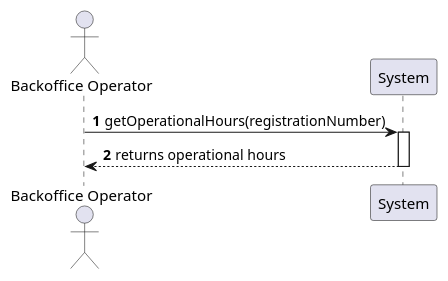
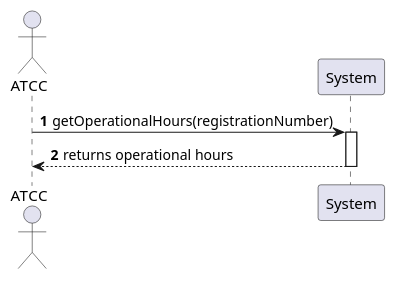
Before and after one commit to VascoMagolo/psoft_1231562_1241692_1242036_2db: the diagram in docs/system-documentation/use-cases/WP1B/US206/puml/ssd_us206.puml, drawn with PlantUML. The commit also changed 43 other files, not shown here.

Commit message:
docs: update system documentation and diagrams for WP1B, WP4A and WP4B

```diff
--- a/docs/system-documentation/use-cases/WP1B/US206/puml/ssd_us206.puml
+++ b/docs/system-documentation/use-cases/WP1B/US206/puml/ssd_us206.puml
@@ -1,9 +1,9 @@
 @startuml
 autonumber
-actor "Backoffice Operator" as Actor
+actor "ATCC" as Actor
 participant "System" as Sys
 Actor -> Sys : getOperationalHours(registrationNumber)
 activate Sys
 Sys --> Actor : returns operational hours
 deactivate Sys
 @enduml
```
